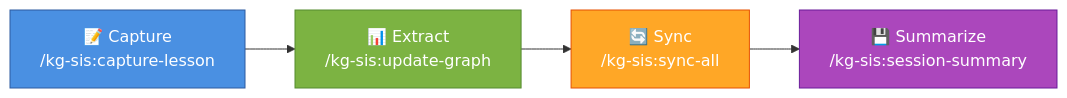
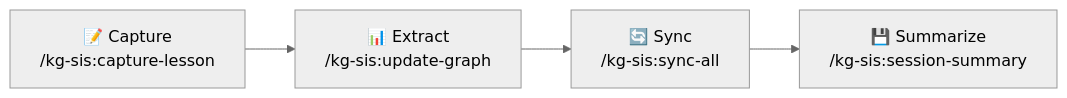
The diagram in docs/GETTING-STARTED.md (technomensch/knowledge-graph), drawn with Mermaid before and after one commit. The commit also changed 2 other files, not shown here.

Commit message:
fix(mkdocs): resolve mermaid rendering and restore light mode header
Mermaid Diagrams:
- Switch from hardcoded color styles to mermaid's neutral theme
- Neutral theme automatically adapts to both dark and light modes
- Remove hardcoded fill/stroke colors that caused poor contrast in dark mode
- Simplify CSS to handle only container styling
- Diagrams now render with visible text and icons in both modes

Light Mode Header:
- Remove custom overrides that interfered with Material theme defaults
- Restore original Material theme styling which already looks great
- Dark mode header retains glassmorphism effect

````diff
--- a/docs/GETTING-STARTED.md
+++ b/docs/GETTING-STARTED.md
@@ -83,15 +83,10 @@
 ```mermaid
-%%{init: { 'flowchart': { 'useMaxWidth': true } }}%%
+%%{init: { 'flowchart': { 'useMaxWidth': true }, 'theme': 'neutral' }}%%
 graph LR
     A["📝 Capture<br/>/kg-sis:capture-lesson"] --> B["📊 Extract<br/>/kg-sis:update-graph"]
     B --> C["🔄 Sync<br/>/kg-sis:sync-all"]
     C --> D["💾 Summarize<br/>/kg-sis:session-summary"]
 
-    style A fill:#4a90e2,stroke:#2c5aa0,color:#fff
-    style B fill:#7cb342,stroke:#558b2f,color:#fff
-    style C fill:#ffa726,stroke:#e65100,color:#fff
-    style D fill:#ab47bc,stroke:#6a1b9a,color:#fff
-
     accTitle: Knowledge Capture Pipeline
     accDescr: Four-step workflow: Capture lessons (step 1) feeds into Extract patterns (step 2), which feeds into Sync across graphs (step 3), which feeds into Summarize session (step 4)
 ```
````
